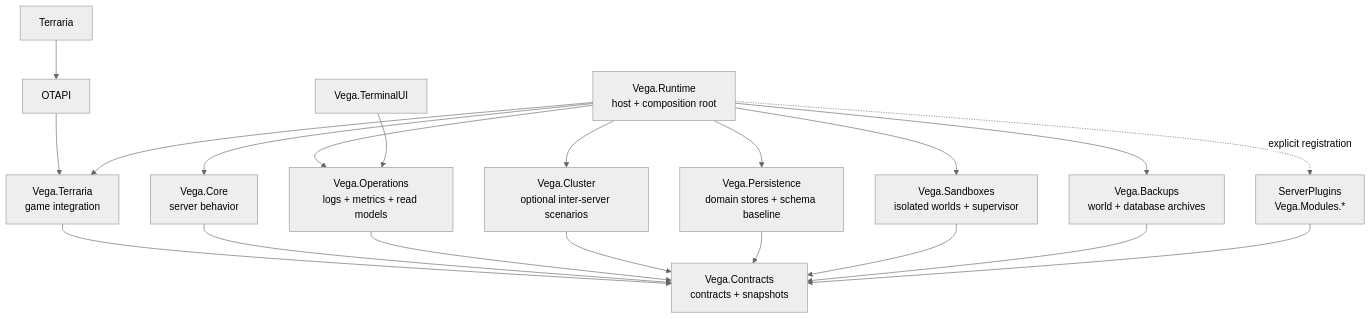
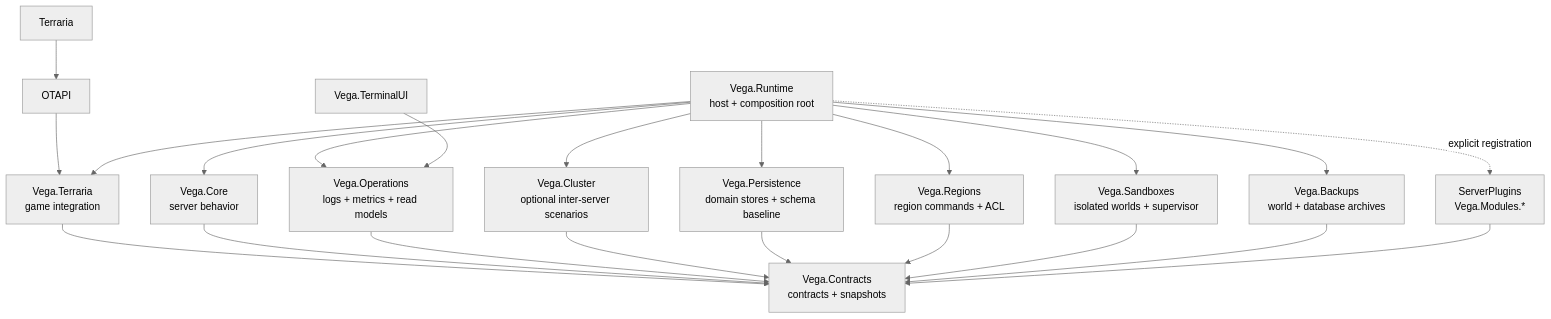
One commit to VegaKernel/Vega changed the diagram in README_EN.md. Above: the diagram before and after it, drawn with Mermaid (neutral theme). The commit also changed other lines of this file and 38 other files, not shown here.

Commit message:
Complete remaining Vega 1.0 roadmap phases

````diff
--- a/README_EN.md
+++ b/README_EN.md
@@ -17,25 +17,27 @@
 ```mermaid
 flowchart TB
     Terraria["Terraria"] --> OTAPI["OTAPI"]
     OTAPI --> TerrariaAdapter["Vega.Terraria<br/>game integration"]
 
     Runtime["Vega.Runtime<br/>host + composition root"] --> TerrariaAdapter
     Runtime --> Core["Vega.Core<br/>server behavior"]
     Runtime --> Operations["Vega.Operations<br/>logs + metrics + read models"]
     Runtime --> Cluster["Vega.Cluster<br/>optional inter-server scenarios"]
     Runtime --> Persistence["Vega.Persistence<br/>domain stores + schema baseline"]
+    Runtime --> Regions["Vega.Regions<br/>region commands + ACL"]
     Runtime --> Sandboxes["Vega.Sandboxes<br/>isolated worlds + supervisor"]
     Runtime --> Backups["Vega.Backups<br/>world + database archives"]
     Runtime -. "explicit registration" .-> Modules["ServerPlugins<br/>Vega.Modules.*"]
 
     TerrariaAdapter --> Contracts["Vega.Contracts<br/>contracts + snapshots"]
     Core --> Contracts
     Operations --> Contracts
     Cluster --> Contracts
     Persistence --> Contracts
+    Regions --> Contracts
     Sandboxes --> Contracts
     Backups --> Contracts
     Modules --> Contracts
 
     TerminalUI["Vega.TerminalUI"] --> Operations
 ```
````
